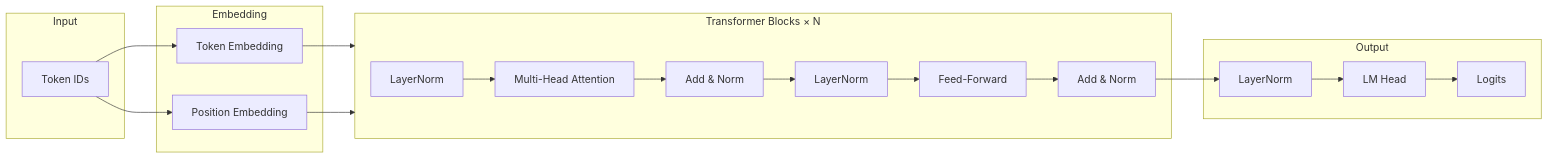
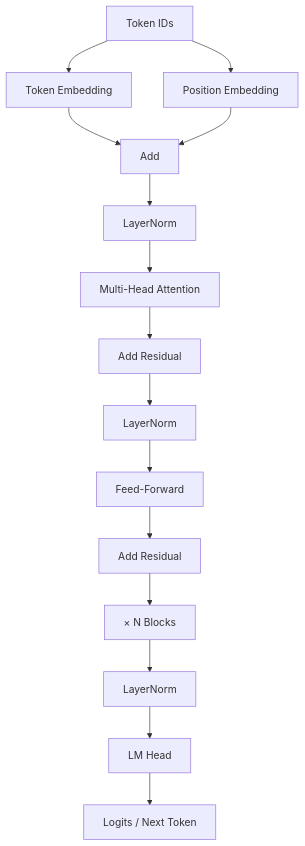
The second of 2 diagrams in README.md (nexageapps/kiara-slm-project), drawn with Mermaid before and after one commit. The commit also changed other lines of this file, not shown here.

````diff
--- a/README.md
+++ b/README.md
@@ -127,33 +127,17 @@
 ```mermaid
-flowchart LR
-    subgraph Input["Input"]
-        TOKENS[Token IDs]
-    end
-
-    subgraph Embed["Embedding"]
-        TE[Token Embedding]
-        PE[Position Embedding]
-    end
-
-    subgraph Blocks["Transformer Blocks × N"]
-        LN1[LayerNorm]
-        MHA[Multi-Head Attention]
-        ADD1[Add & Norm]
-        LN2[LayerNorm]
-        FFN[Feed-Forward]
-        ADD2[Add & Norm]
-    end
-
-    subgraph Output["Output"]
-        LN_FINAL[LayerNorm]
-        LM_HEAD[LM Head]
-        LOGITS[Logits]
-    end
-
-    TOKENS --> TE
-    TOKENS --> PE
-    TE --> Blocks
-    PE --> Blocks
-    LN1 --> MHA --> ADD1 --> LN2 --> FFN --> ADD2
-    ADD2 --> LN_FINAL --> LM_HEAD --> LOGITS
+flowchart TB
+    TOKENS[Token IDs] --> TE[Token Embedding]
+    TOKENS --> PE[Position Embedding]
+    TE --> ADD_EMB[Add]
+    PE --> ADD_EMB
+    ADD_EMB --> LN1[LayerNorm]
+    LN1 --> MHA[Multi-Head Attention]
+    MHA --> ADD1[Add Residual]
+    ADD1 --> LN2[LayerNorm]
+    LN2 --> FFN[Feed-Forward]
+    FFN --> ADD2[Add Residual]
+    ADD2 --> REPEAT["× N Blocks"]
+    REPEAT --> LN_FINAL[LayerNorm]
+    LN_FINAL --> LM_HEAD[LM Head]
+    LM_HEAD --> LOGITS[Logits / Next Token]
 ```
````
